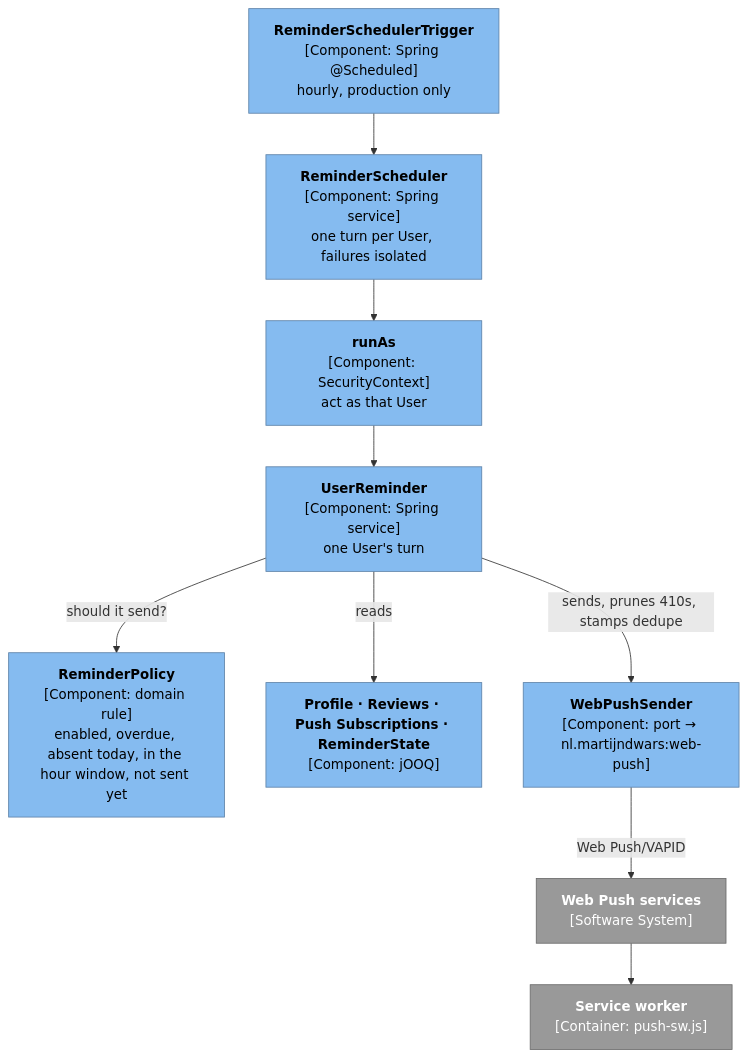
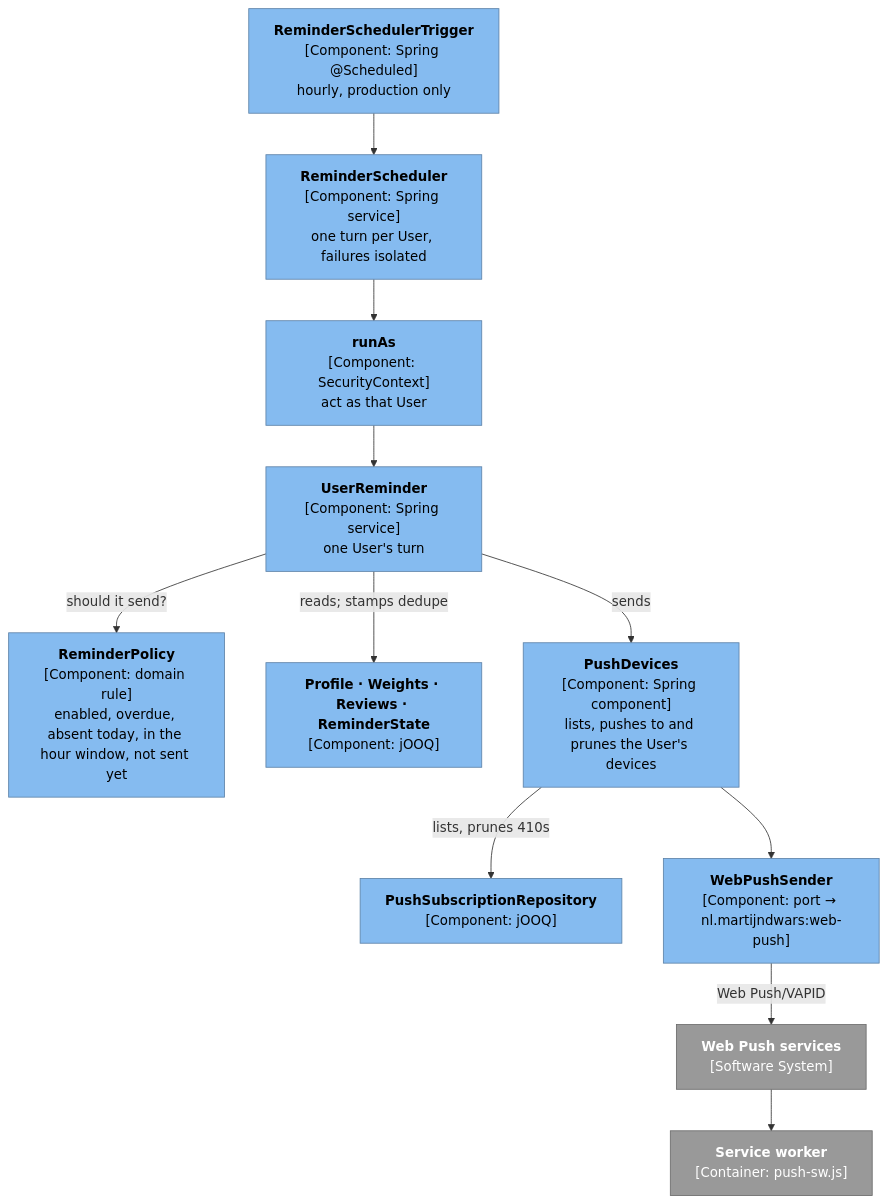
One commit to skrymer/tucker changed the seventh of 10 diagrams in docs/architecture.md. Above: the diagram before and after it, drawn with Mermaid. The commit also changed other lines of this file, not shown here.

First line of the commit message:
Redraw the three backend diagrams the #455 refactor moved

````diff
--- a/docs/architecture.md
+++ b/docs/architecture.md
@@ -292,24 +300,28 @@
 ```mermaid
 flowchart TD
   trigger["<b>ReminderSchedulerTrigger</b><br/>[Component: Spring @Scheduled]<br/>hourly, production only"]:::component
   scheduler["<b>ReminderScheduler</b><br/>[Component: Spring service]<br/>one turn per User, failures isolated"]:::component
   runas["<b>runAs</b><br/>[Component: SecurityContext]<br/>act as that User"]:::component
   turn["<b>UserReminder</b><br/>[Component: Spring service]<br/>one User's turn"]:::component
   policy["<b>ReminderPolicy</b><br/>[Component: domain rule]<br/>enabled, overdue, absent today, in the hour window, not sent yet"]:::component
-  repos["<b>Profile · Reviews · Push Subscriptions · ReminderState</b><br/>[Component: jOOQ]"]:::component
+  repos["<b>Profile · Weights · Reviews · ReminderState</b><br/>[Component: jOOQ]"]:::component
+  devices["<b>PushDevices</b><br/>[Component: Spring component]<br/>lists, pushes to and prunes the User's devices"]:::component
+  subs["<b>PushSubscriptionRepository</b><br/>[Component: jOOQ]"]:::component
   sender["<b>WebPushSender</b><br/>[Component: port → nl.martijndwars:web-push]"]:::component
   push["<b>Web Push services</b><br/>[Software System]"]:::ext
   sw["<b>Service worker</b><br/>[Container: push-sw.js]"]:::ext
 
   trigger --> scheduler
   scheduler --> runas
   runas --> turn
-  turn -- "reads" --> repos
+  turn -- "reads; stamps dedupe" --> repos
   turn -- "should it send?" --> policy
-  turn -- "sends, prunes 410s, stamps dedupe" --> sender
+  turn -- "sends" --> devices
+  devices -- "lists, prunes 410s" --> subs
+  devices --> sender
   sender -- "Web Push/VAPID" --> push
   push --> sw
 
   classDef component fill:#85bbf0,color:#000,stroke:#5d82a8
   classDef ext fill:#999,color:#fff,stroke:#6b6b6b
 ```
````
